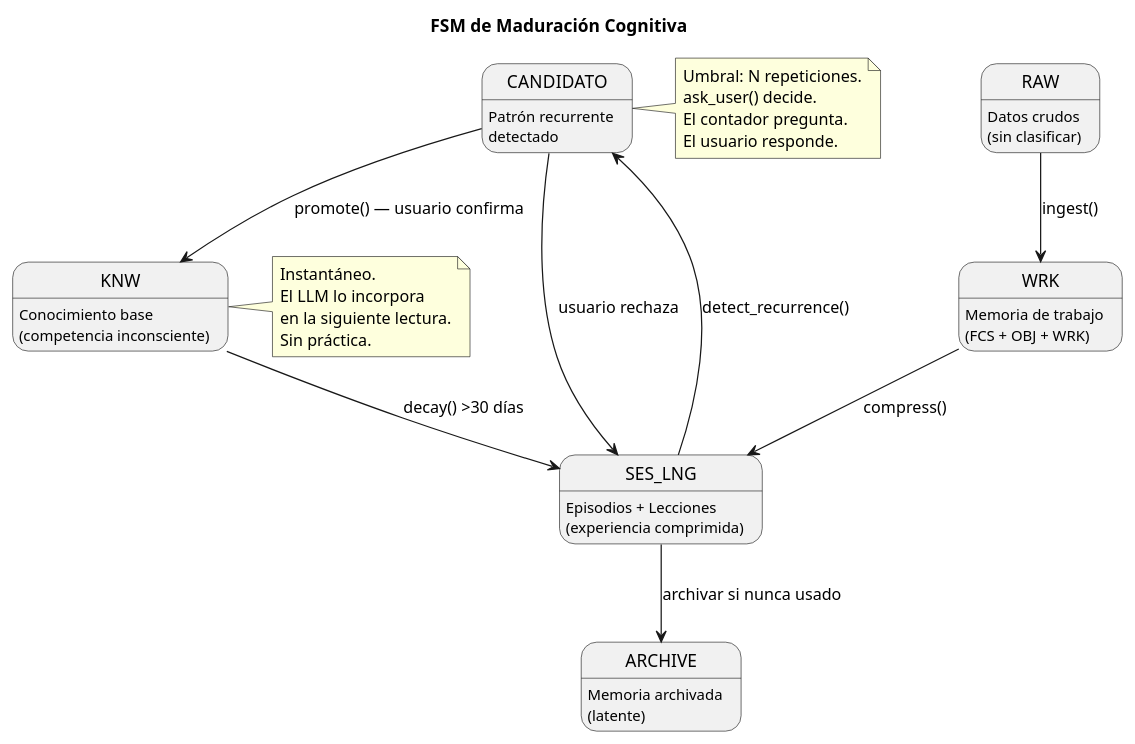
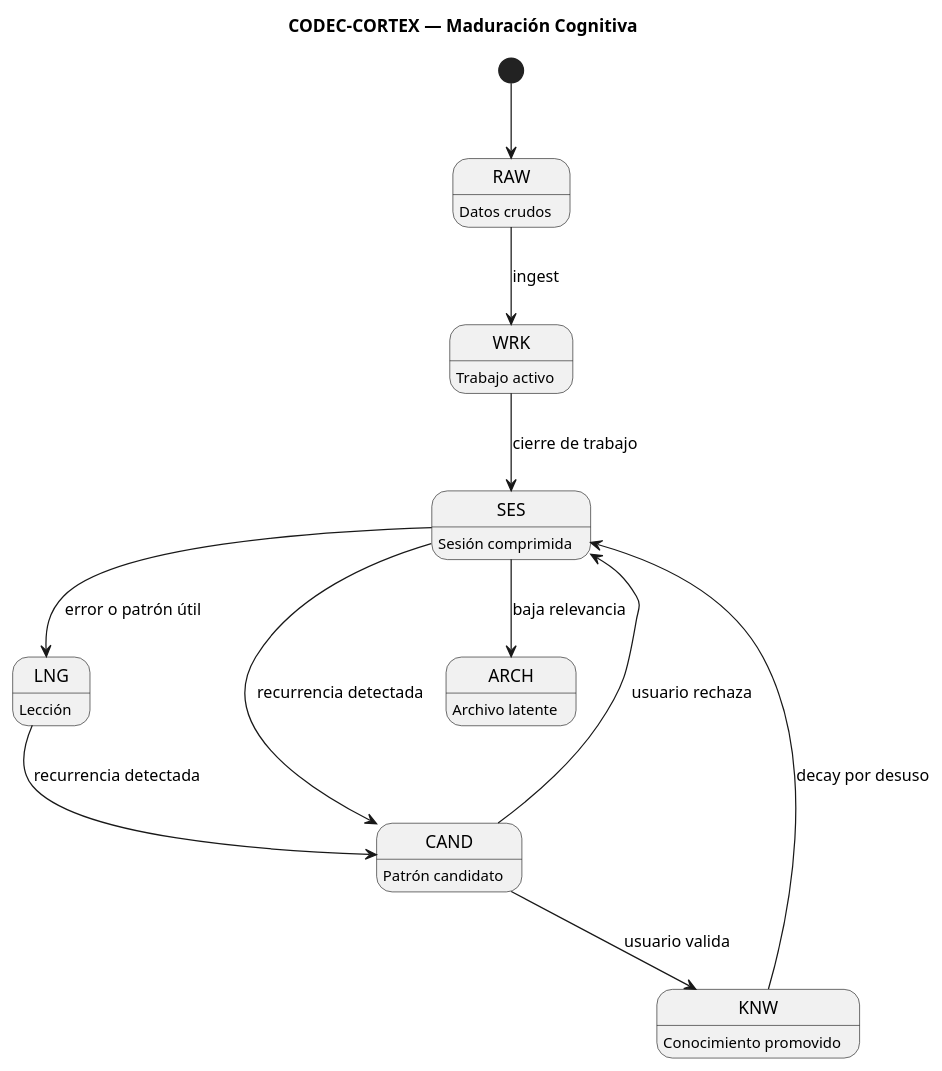
The ninth of 10 diagrams in skill/SKILL.md (FidelErnesto03/codec-cortex), drawn with PlantUML before and after one commit. The commit also changed other lines of this file and 109 other files, not shown here.

````diff
--- a/skill/SKILL.md
+++ b/skill/SKILL.md
@@ -346,34 +1173,24 @@
 ```puml
 @startuml
-title FSM de Maduración Cognitiva
+title CODEC-CORTEX — Maduración Cognitiva
 
-state RAW : Datos crudos\n(sin clasificar)
-state WRK : Memoria de trabajo\n(FCS + OBJ + WRK)
-state SES_LNG : Episodios + Lecciones\n(experiencia comprimida)
-state CANDIDATO : Patrón recurrente\ndetectado
-state KNW : Conocimiento base\n(competencia inconsciente)
-state ARCHIVE : Memoria archivada\n(latente)
+state RAW : Datos crudos
+state WRK : Trabajo activo
+state SES : Sesión comprimida
+state LNG : Lección
+state CAND : Patrón candidato
+state KNW : Conocimiento promovido
+state ARCH : Archivo latente
 
-RAW --> WRK : ingest()
-WRK --> SES_LNG : compress()
-SES_LNG --> CANDIDATO : detect_recurrence()
-CANDIDATO --> KNW : promote() — usuario confirma
-CANDIDATO --> SES_LNG : usuario rechaza
-KNW --> SES_LNG : decay() >30 días
-SES_LNG --> ARCHIVE : archivar si nunca usado
-
-note right of CANDIDATO
-  Umbral: N repeticiones.
-  ask_user() decide.
-  El contador pregunta.
-  El usuario responde.
-end note
-
-note right of KNW
-  Instantáneo.
-  El LLM lo incorpora
-  en la siguiente lectura.
-  Sin práctica.
-end note
+[*] --> RAW
+RAW --> WRK : ingest
+WRK --> SES : cierre de trabajo
+SES --> LNG : error o patrón útil
+SES --> CAND : recurrencia detectada
+LNG --> CAND : recurrencia detectada
+CAND --> KNW : usuario valida
+CAND --> SES : usuario rechaza
+KNW --> SES : decay por desuso
+SES --> ARCH : baja relevancia
 @enduml
 ```
````
